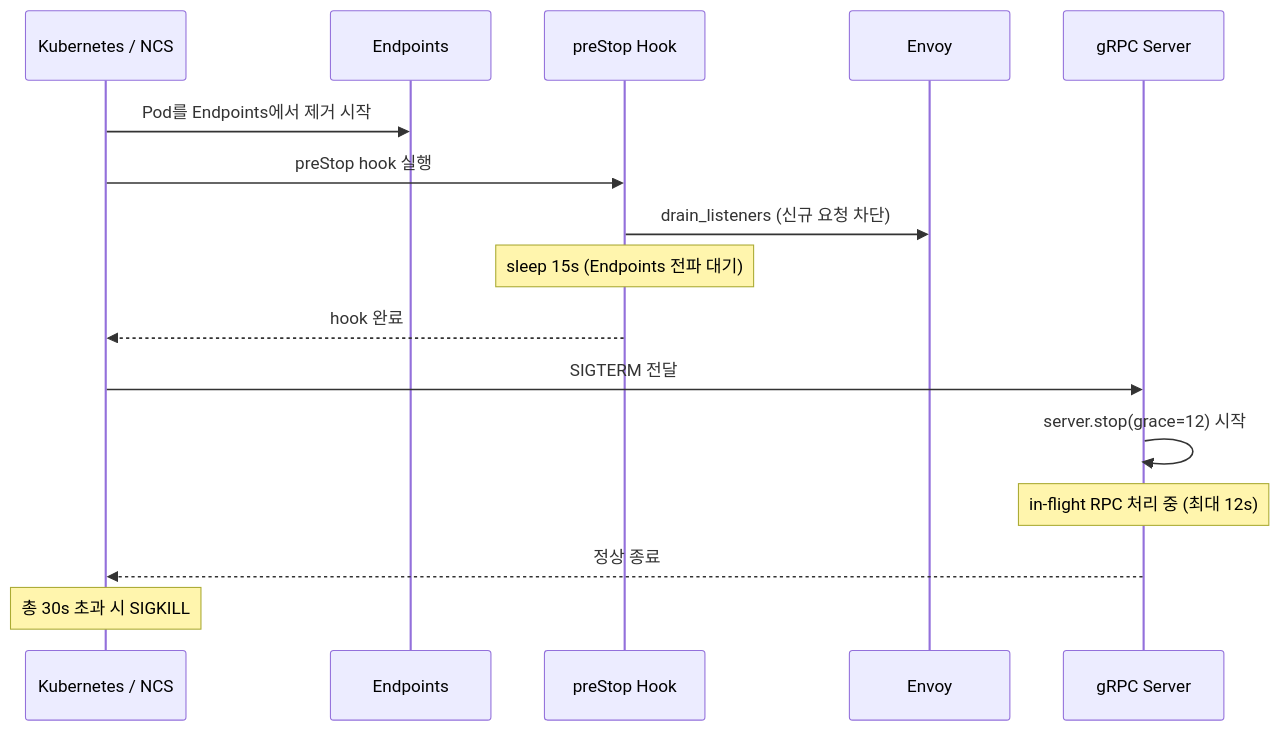
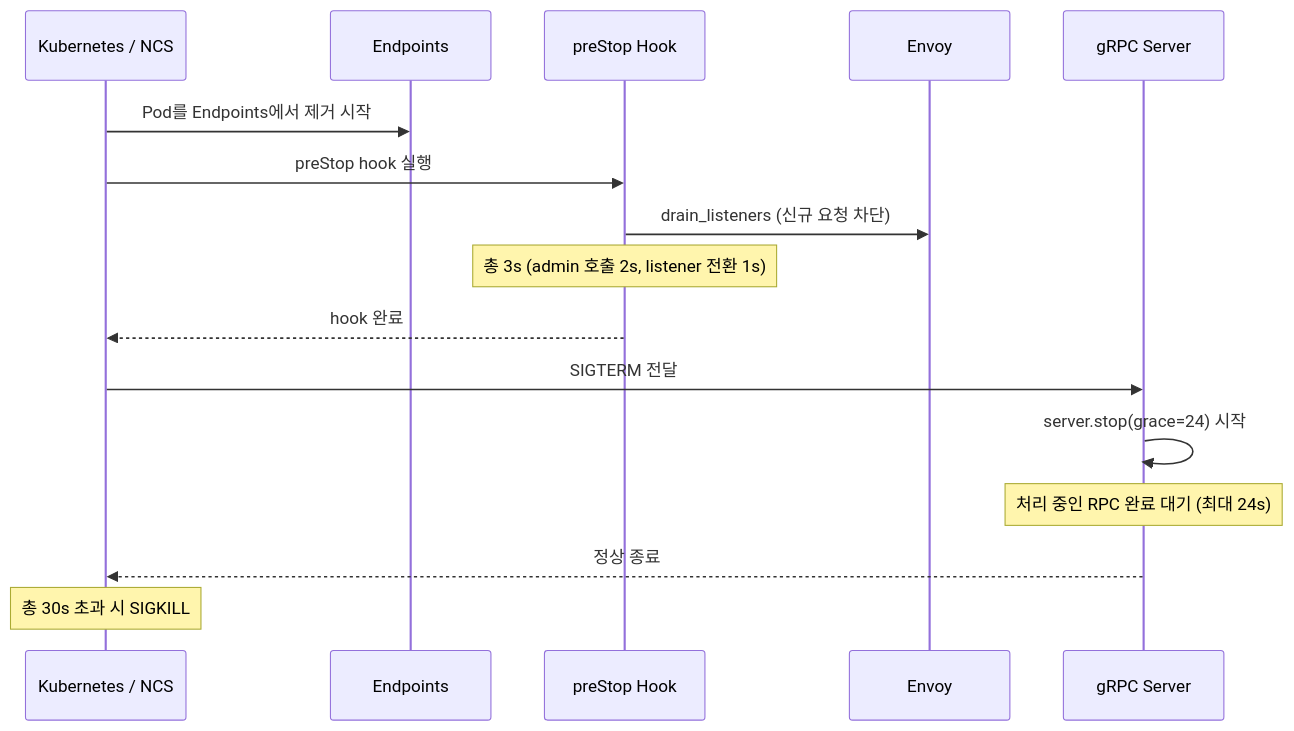
The third of 3 diagrams in devops/graceful-shutdown.md (jon890/fos-study), drawn with Mermaid before and after one commit. The commit also changed other lines of this file, not shown here.

````diff
--- a/devops/graceful-shutdown.md
+++ b/devops/graceful-shutdown.md
@@ -164,21 +174,21 @@
 ```mermaid
 sequenceDiagram
     participant K8s as Kubernetes / NCS
     participant EP as Endpoints
     participant PS as preStop Hook
     participant ENV as Envoy
     participant APP as gRPC Server
 
     K8s->>EP: Pod를 Endpoints에서 제거 시작
     K8s->>PS: preStop hook 실행
     PS->>ENV: drain_listeners (신규 요청 차단)
-    Note over PS: sleep 15s (Endpoints 전파 대기)
+    Note over PS: 총 3s (admin 호출 2s, listener 전환 1s)
     PS-->>K8s: hook 완료
 
     K8s->>APP: SIGTERM 전달
-    APP->>APP: server.stop(grace=12) 시작
-    Note over APP: in-flight RPC 처리 중 (최대 12s)
+    APP->>APP: server.stop(grace=24) 시작
+    Note over APP: 처리 중인 RPC 완료 대기 (최대 24s)
     APP-->>K8s: 정상 종료
 
     Note over K8s: 총 30s 초과 시 SIGKILL
 ```
````
